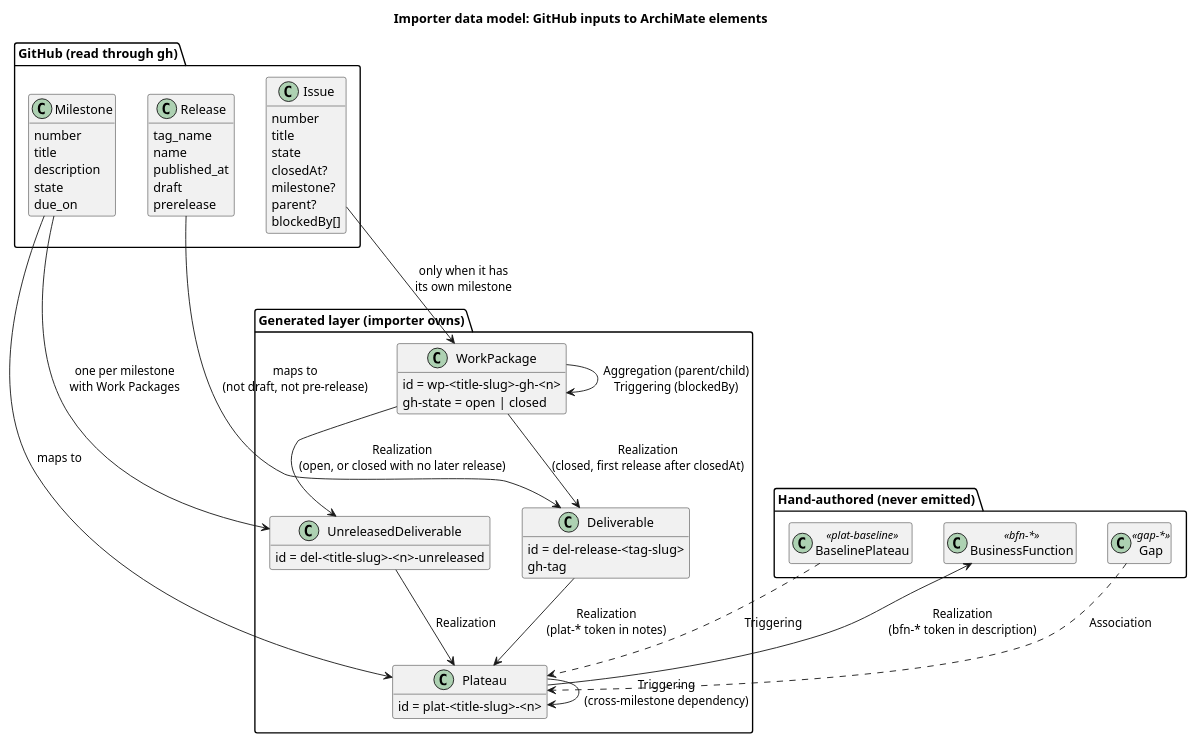
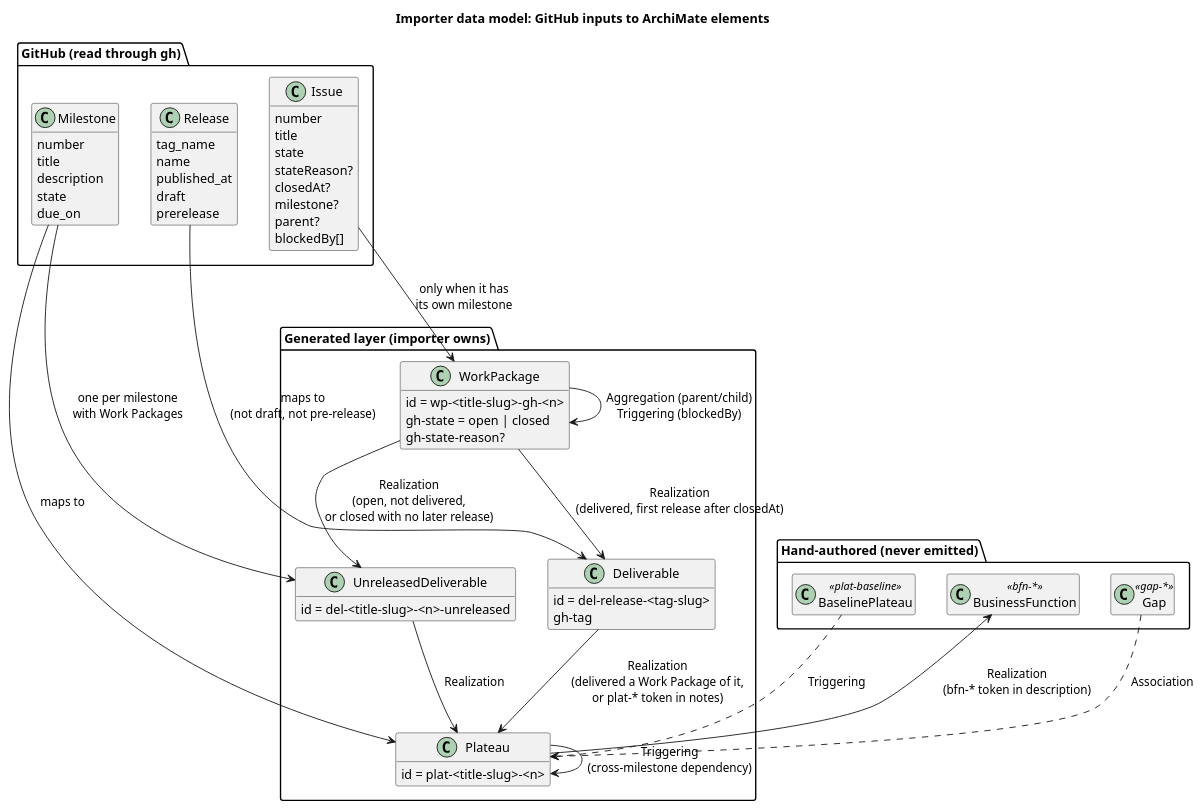
Before and after one commit to wolffy-au/frictionless-architect: the first of 2 diagrams in specs/003-gh-roadmap-archimate/data-model.md, drawn with PlantUML. The commit also changed other lines of this file and 5 other files, not shown here.

First line of the commit message:
fix(model): link closed issues to the first release after they close

````diff
--- a/specs/003-gh-roadmap-archimate/data-model.md
+++ b/specs/003-gh-roadmap-archimate/data-model.md
@@ -16,70 +16,72 @@
 ```plantuml
 @startuml
 title Importer data model: GitHub inputs to ArchiMate elements
 skinparam classAttributeIconSize 0
 hide empty members
 
 package "GitHub (read through gh)" {
   class Milestone {
     number
     title
     description
     state
     due_on
   }
   class Release {
     tag_name
     name
     published_at
     draft
     prerelease
   }
   class Issue {
     number
     title
     state
+    stateReason?
     closedAt?
     milestone?
     parent?
     blockedBy[]
   }
 }
 
 package "Generated layer (importer owns)" {
   class Plateau {
     id = plat-<title-slug>-<n>
   }
   class Deliverable {
     id = del-release-<tag-slug>
     gh-tag
   }
   class UnreleasedDeliverable {
     id = del-<title-slug>-<n>-unreleased
   }
   class WorkPackage {
     id = wp-<title-slug>-gh-<n>
     gh-state = open | closed
+    gh-state-reason?
   }
 }
 
 package "Hand-authored (never emitted)" {
   class BusinessFunction <<bfn-*>>
   class Gap <<gap-*>>
   class BaselinePlateau <<plat-baseline>>
 }
 
 Milestone --> Plateau : maps to
 Release --> Deliverable : maps to\n(not draft, not pre-release)
 Milestone --> UnreleasedDeliverable : one per milestone\nwith Work Packages
 Issue --> WorkPackage : only when it has\nits own milestone
-WorkPackage --> UnreleasedDeliverable : Realization\n(open, or closed with no later release)
-WorkPackage --> Deliverable : Realization\n(closed, first release after closedAt)
+WorkPackage --> UnreleasedDeliverable : Realization\n(open, not delivered,\nor closed with no later release)
+WorkPackage --> Deliverable : Realization\n(delivered, first release after closedAt)
 UnreleasedDeliverable --> Plateau : Realization
-Deliverable --> Plateau : Realization\n(plat-* token in notes)
+Deliverable --> Plateau : Realization\n(delivered a Work Package of it,\nor plat-* token in notes)
 Plateau --> BusinessFunction : Realization\n(bfn-* token in description)
 WorkPackage --> WorkPackage : Aggregation (parent/child)\nTriggering (blockedBy)
 Plateau --> Plateau : Triggering\n(cross-milestone dependency)
 Gap ..> Plateau : Association
 BaselinePlateau ..> Plateau : Triggering
 @enduml
 ```
````
